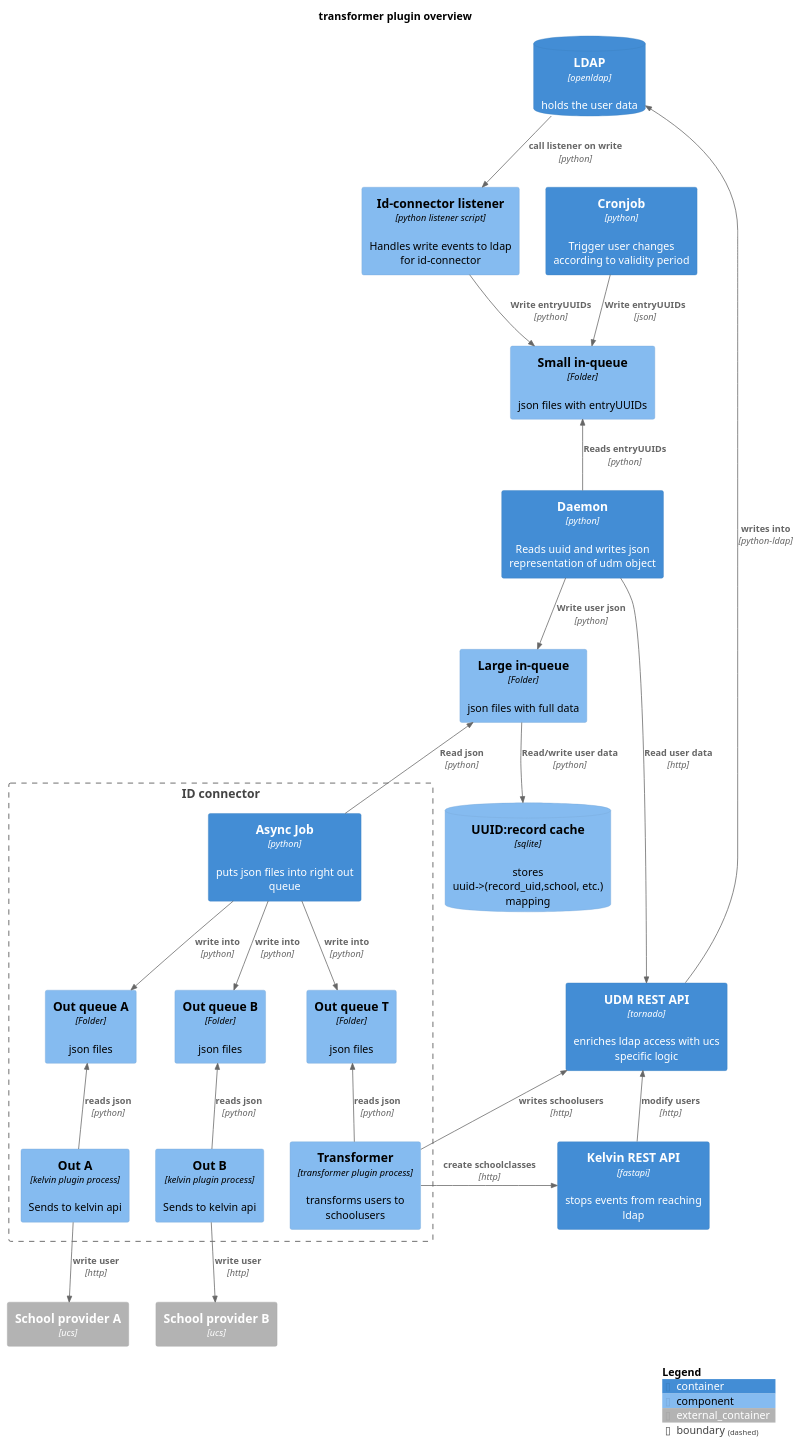
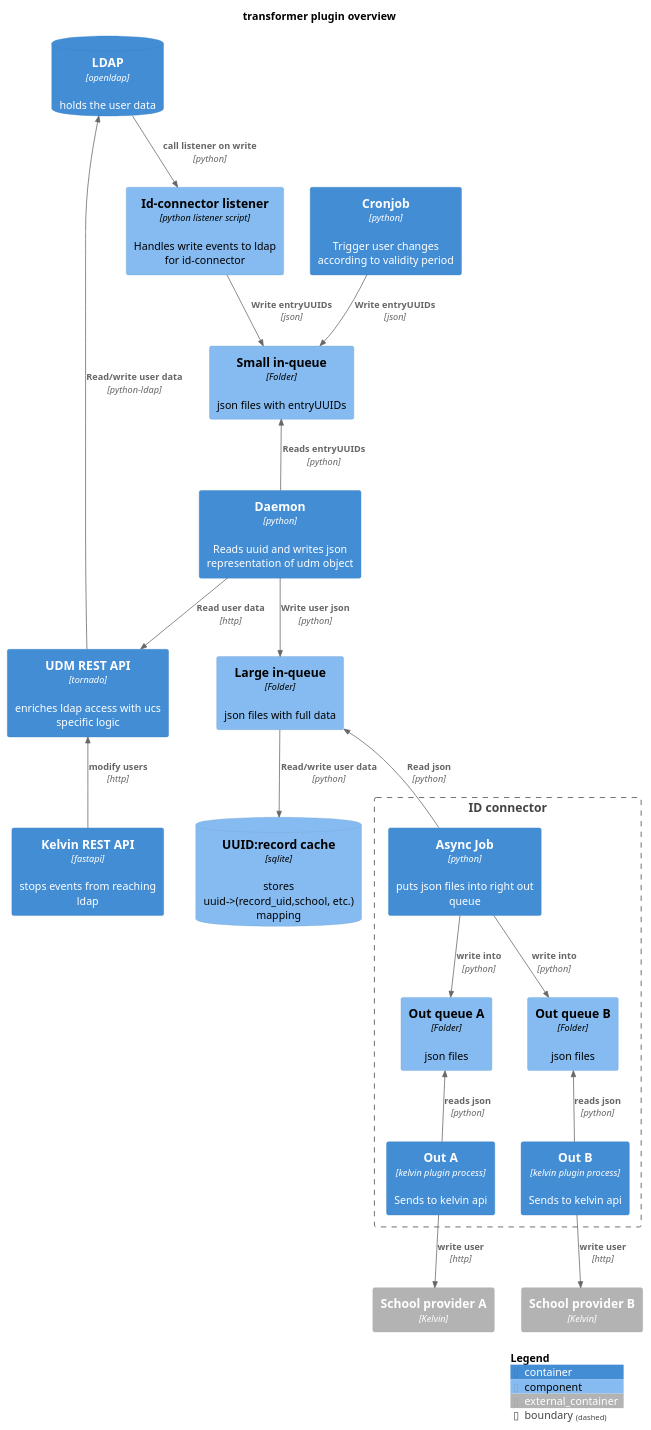
The diagram in docs/source/static/transformer_plugin_overview.puml (univention/ucsschool-id-connector), drawn with PlantUML before and after one commit. The commit also changed 7 other files, not shown here.

Commit message:
Issue #279: WIP - diagrams

```diff
--- a/docs/source/static/transformer_plugin_overview.puml
+++ b/docs/source/static/transformer_plugin_overview.puml
@@ -1,63 +1,57 @@
 @startuml
 !include https://raw.githubusercontent.com/plantuml-stdlib/C4-PlantUML/master/C4_Component.puml
 ' uncomment the following line and comment the first to use locally
 ' !include C4_Component.puml
 
 
 
 title transformer plugin overview
 
 ContainerDb(ldap,"LDAP","openldap","holds the user data")
 Container(udm,"UDM REST API","tornado","enriches ldap access with ucs specific logic")
 Container(kelvin_rest_api,"Kelvin REST API","fastapi","stops events from reaching ldap")
 Component(listener,"Id-connector listener","python listener script","Handles write events to ldap for id-connector ")
 Component(small_in_queue,"Small in-queue","Folder","json files with entryUUIDs")
 Container(daemon,"Daemon","python","Reads uuid and writes json representation of udm object")
 Component(large_in_queue,"Large in-queue","Folder","json files with full data")
 ComponentDb(sqlite,"UUID:record cache","sqlite","stores uuid->(record_uid,school, etc.) mapping")
 Container(cronjob,"Cronjob","python","Trigger user changes according to validity period")
 Boundary(id_connector,"ID connector") {
     Component(out_queue_a,"Out queue A","Folder","json files")
     Component(out_queue_b,"Out queue B","Folder","json files")
-    Component(out_queue_t,"Out queue T","Folder","json files")
 
-    Component(transformer,"Transformer","transformer plugin process","transforms users to schoolusers")
-    Component(kelvin_plugin_a,"Out A","kelvin plugin process","Sends to kelvin api")
-    Component(kelvin_plugin_b,"Out B","kelvin plugin process","Sends to kelvin api")
+    Container(kelvin_plugin_a,"Out A","kelvin plugin process","Sends to kelvin api")
+    Container(kelvin_plugin_b,"Out B","kelvin plugin process","Sends to kelvin api")
     Container(async_job,"Async Job","python","puts json files into right out queue")
 
 }
-Container_Ext(school_provider_A,"School provider A","ucs")
-Container_Ext(school_provider_B,"School provider B","ucs")
+Container_Ext(school_provider_A,"School provider A","Kelvin")
+Container_Ext(school_provider_B,"School provider B","Kelvin")
 
 Rel(ldap,listener,"call listener on write","python")
-Rel(listener,small_in_queue,"Write entryUUIDs","python")
+Rel(listener,small_in_queue,"Write entryUUIDs","json")
 Rel(cronjob,small_in_queue,"Write entryUUIDs","json")
 Rel_U(daemon,small_in_queue,"Reads entryUUIDs","python")
 Rel(daemon,udm,"Read user data","http")
 Rel(daemon,large_in_queue,"Write user json","python")
 Rel(large_in_queue,sqlite,"Read/write user data","python")
 
-Rel_U(async_job,large_in_queue,"Read json","python")
+Rel_U( async_job,large_in_queue,"Read json","python")
 
-Rel(async_job,out_queue_t,"write into","python")
 Rel(async_job,out_queue_a,"write into","python")
 Rel(async_job,out_queue_b,"write into","python")
 
-Rel_U(transformer,out_queue_t,"reads json","python")
 Rel_U(kelvin_plugin_a,out_queue_a,"reads json","python")
 Rel_U(kelvin_plugin_b,out_queue_b,"reads json","python")
-
-Rel_L(transformer,kelvin_rest_api,"create schoolclasses","http")
 
 Rel_D(kelvin_plugin_a,school_provider_A,"write user","http")
 Rel_D(kelvin_plugin_b,school_provider_B,"write user","http")
 
 Rel_U(kelvin_rest_api,udm,"modify users","http")
-Rel_U(udm,ldap,"writes into","python-ldap")
-Rel_U(transformer,udm,"writes schoolusers","http")
+Rel_U(udm,ldap,"Read/write user data","python-ldap")
+
 
 
 SHOW_LEGEND()
 
 @enduml
```
